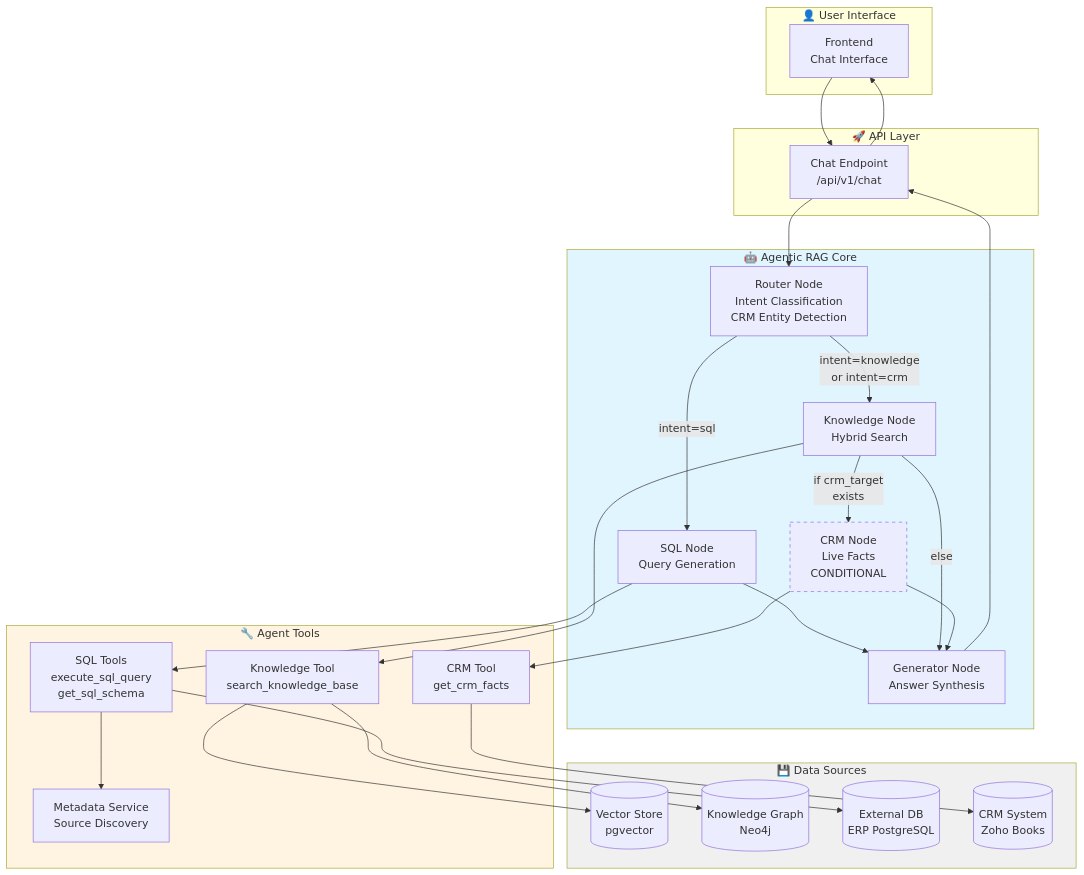
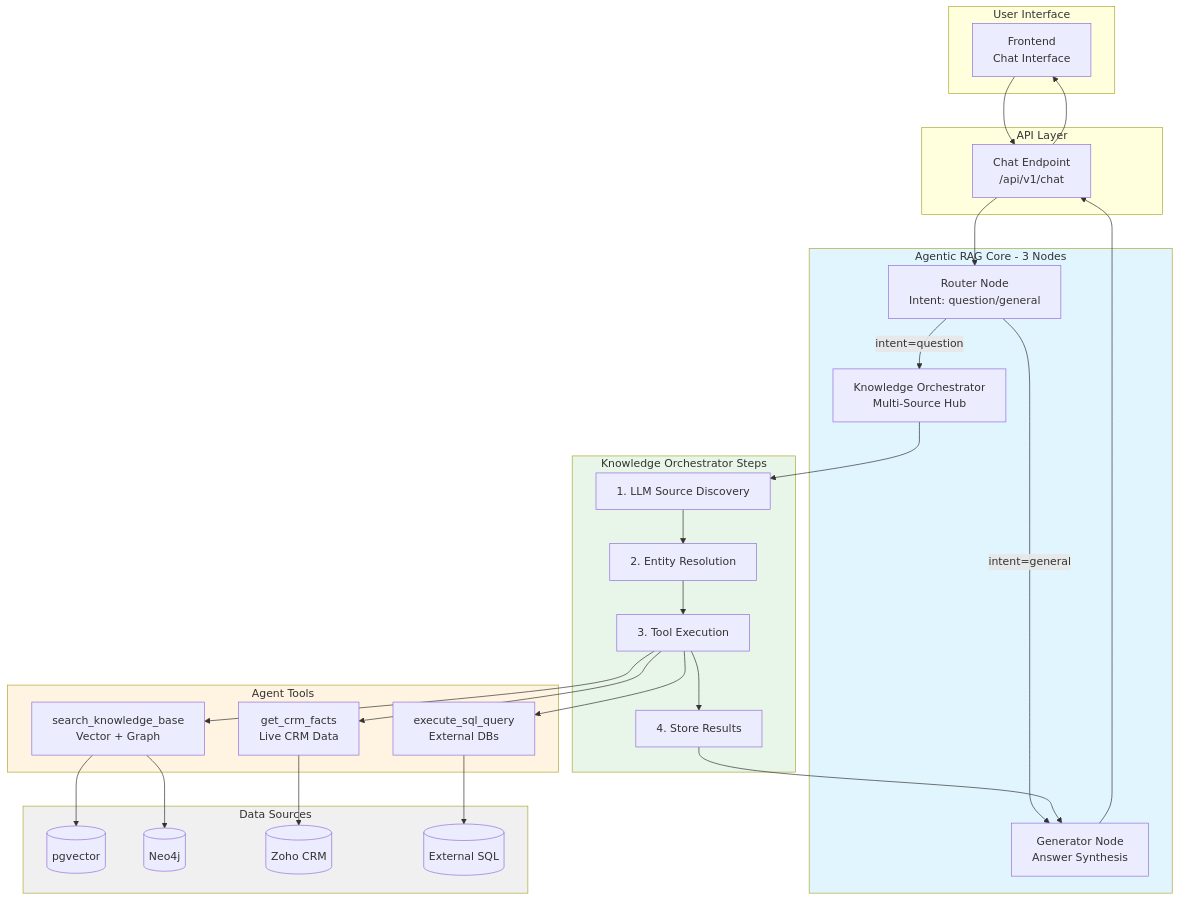
One commit to expoya/adizon-knowledge-core changed the first of 4 diagrams in docs/AGENTIC_RAG.md. Above: the diagram before and after it, drawn with Mermaid. The commit also changed other lines of this file and 3 other files, not shown here.

````diff
--- a/docs/AGENTIC_RAG.md
+++ b/docs/AGENTIC_RAG.md
@@ -36,60 +35,62 @@
 ```mermaid
 graph TB
-    subgraph User["👤 User Interface"]
+    subgraph User["User Interface"]
         UI[Frontend<br/>Chat Interface]
     end
-    
-    subgraph API["🚀 API Layer"]
+
+    subgraph API["API Layer"]
         CHAT[Chat Endpoint<br/>/api/v1/chat]
     end
-    
-    subgraph Agent["🤖 Agentic RAG Core"]
-        ROUTER[Router Node<br/>Intent Classification<br/>CRM Entity Detection]
-        SQL[SQL Node<br/>Query Generation]
-        KB[Knowledge Node<br/>Hybrid Search]
-        CRM[CRM Node<br/>Live Facts<br/>CONDITIONAL]
+
+    subgraph Agent["Agentic RAG Core - 3 Nodes"]
+        ROUTER[Router Node<br/>Intent: question/general]
+        KB[Knowledge Orchestrator<br/>Multi-Source Hub]
         GEN[Generator Node<br/>Answer Synthesis]
     end
-    
-    subgraph Tools["🔧 Agent Tools"]
-        SQLTOOL[SQL Tools<br/>execute_sql_query<br/>get_sql_schema]
-        KBTOOL[Knowledge Tool<br/>search_knowledge_base]
-        CRMTOOL[CRM Tool<br/>get_crm_facts]
-        META[Metadata Service<br/>Source Discovery]
+
+    subgraph KBSteps["Knowledge Orchestrator Steps"]
+        S1[1. LLM Source Discovery]
+        S2[2. Entity Resolution]
+        S3[3. Tool Execution]
+        S4[4. Store Results]
     end
-    
-    subgraph Data["💾 Data Sources"]
-        VECTOR[(Vector Store<br/>pgvector)]
-        GRAPH[(Knowledge Graph<br/>Neo4j)]
-        ERP[(External DB<br/>ERP PostgreSQL)]
-        ZOHO[(CRM System<br/>Zoho Books)]
+
+    subgraph Tools["Agent Tools"]
+        KBTOOL[search_knowledge_base<br/>Vector + Graph]
+        CRMTOOL[get_crm_facts<br/>Live CRM Data]
+        SQLTOOL[execute_sql_query<br/>External DBs]
     end
-    
+
+    subgraph Data["Data Sources"]
+        VECTOR[(pgvector)]
+        GRAPH[(Neo4j)]
+        ZOHO[(Zoho CRM)]
+        ERP[(External SQL)]
+    end
+
     UI --> CHAT
     CHAT --> ROUTER
-    
-    ROUTER -->|"intent=sql"| SQL
-    ROUTER -->|"intent=knowledge<br/>or intent=crm"| KB
-    
-    SQL --> SQLTOOL
-    KB --> KBTOOL
-    CRM --> CRMTOOL
-    
-    SQLTOOL --> META
-    SQLTOOL --> ERP
+
+    ROUTER -->|"intent=question"| KB
+    ROUTER -->|"intent=general"| GEN
+
+    KB --> S1 --> S2 --> S3 --> S4
+
+    S3 --> KBTOOL
+    S3 --> CRMTOOL
+    S3 --> SQLTOOL
+
     KBTOOL --> VECTOR
     KBTOOL --> GRAPH
     CRMTOOL --> ZOHO
-    
-    SQL --> GEN
-    KB -->|"if crm_target<br/>exists"| CRM
-    KB -->|"else"| GEN
-    CRM --> GEN
+    SQLTOOL --> ERP
+
+    S4 --> GEN
     GEN --> CHAT
     CHAT --> UI
-    
+
     style Agent fill:#e1f5ff
+    style KBSteps fill:#e8f5e9
     style Tools fill:#fff4e1
     style Data fill:#f0f0f0
-    style CRM stroke-dasharray: 5 5
 ```
````
